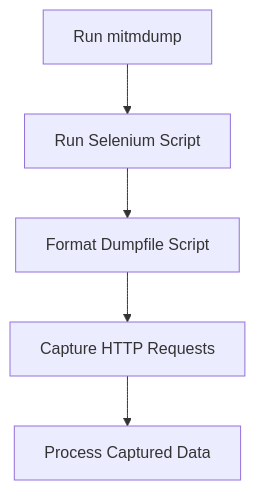
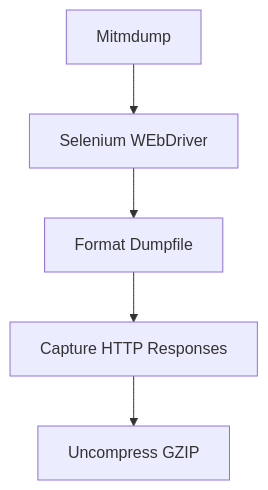
Before and after one commit to jonruida/PowerBI_Insights: the second of 3 diagrams in README.md, drawn with Mermaid. The commit also changed other lines of this file, not shown here.

````diff
--- a/README.md
+++ b/README.md
@@ -36,9 +35,9 @@
 ```mermaid
 graph TD;
-    A[Run mitmdump];
-    A --> B[Run Selenium Script];
-    B --> C[Format Dumpfile Script];
-    C --> D[Capture HTTP Requests];
-    D --> E[Process Captured Data];
+    A[Mitmdump];
+    A --> B[Selenium WEbDriver ];
+    C --> D[Capture HTTP Responses];
+    B --> C[Format Dumpfile];
+    D --> E[Uncompress GZIP];
 
 ```
````
